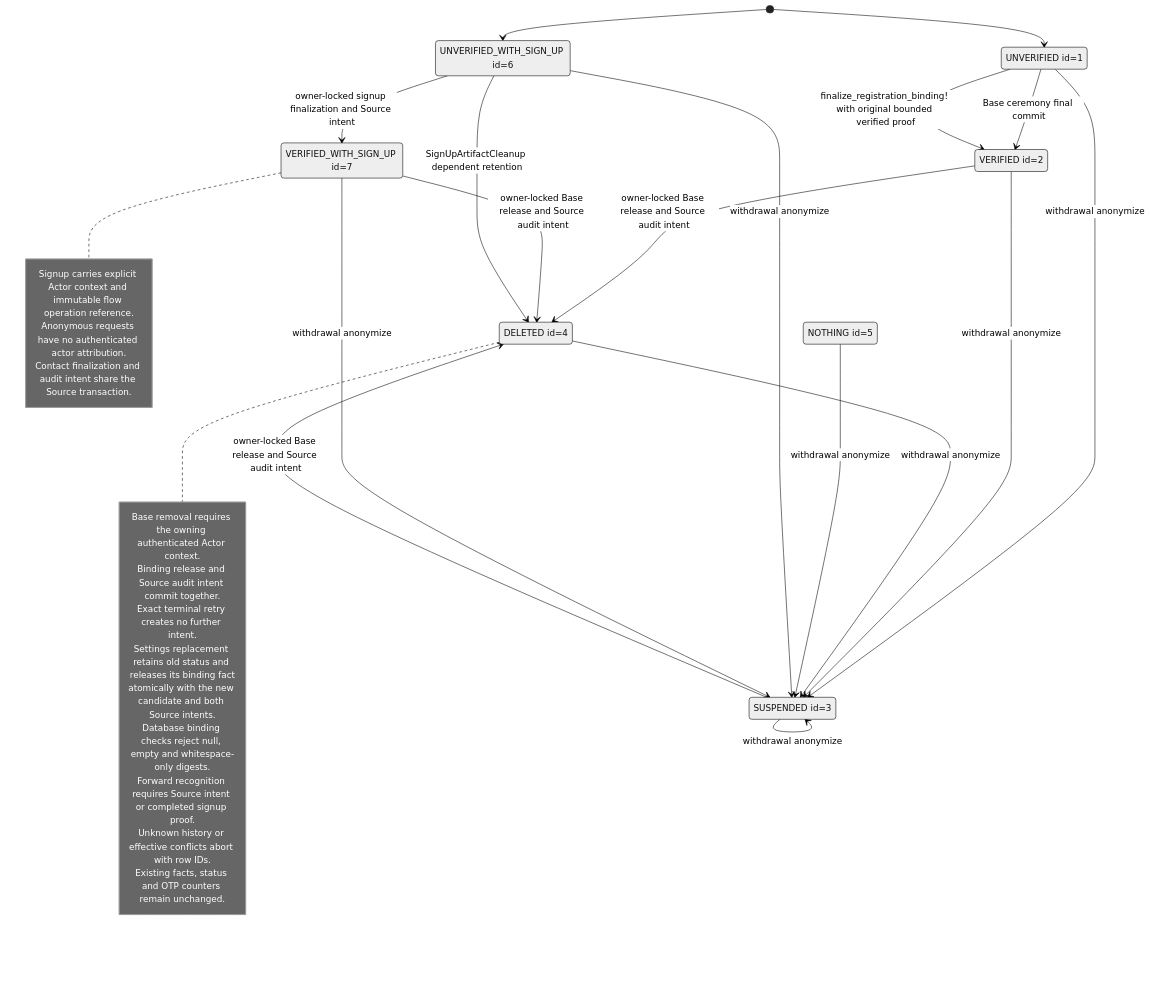
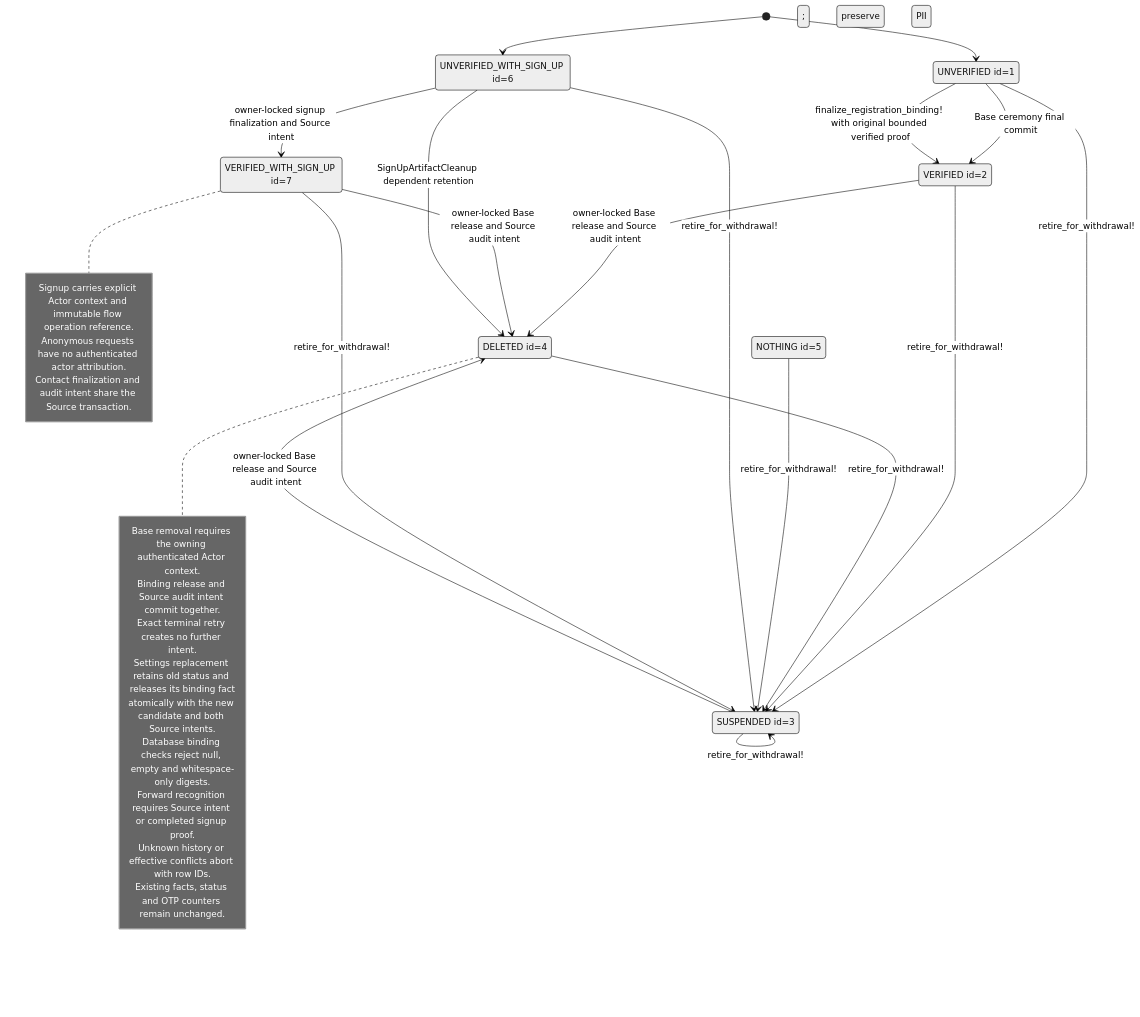
The diagram in docs/mermaid/idp-visitor-telephone-credential.mmd (seahal/umaxica-apps-jit-global), drawn with Mermaid (neutral theme) before and after one commit. The commit also changed 658 other files, not shown here.

```diff
--- a/docs/mermaid/idp-visitor-telephone-credential.mmd
+++ b/docs/mermaid/idp-visitor-telephone-credential.mmd
@@ -1,41 +1,42 @@
 stateDiagram-v2
     %% CURRENT implementation; sources and guards in transition inventory.
+    %% Binding transition policy: TelephoneContactBinding; no shared Email policy.
     state "UNVERIFIED id=1" as UNVERIFIED
     state "VERIFIED id=2" as VERIFIED
     state "SUSPENDED id=3" as SUSPENDED
     state "DELETED id=4" as DELETED
     state "NOTHING id=5" as NOTHING
     state "UNVERIFIED_WITH_SIGN_UP id=6" as UNVERIFIED_WITH_SIGN_UP
     state "VERIFIED_WITH_SIGN_UP id=7" as VERIFIED_WITH_SIGN_UP
     [*] --> UNVERIFIED
     [*] --> UNVERIFIED_WITH_SIGN_UP
     UNVERIFIED --> VERIFIED: Base ceremony final commit
     UNVERIFIED --> VERIFIED: finalize_registration_binding! with original bounded verified proof
     VERIFIED --> DELETED: owner-locked Base release and Source audit intent
     VERIFIED_WITH_SIGN_UP --> DELETED: owner-locked Base release and Source audit intent
     SUSPENDED --> DELETED: owner-locked Base release and Source audit intent
     UNVERIFIED_WITH_SIGN_UP --> VERIFIED_WITH_SIGN_UP: owner-locked signup finalization and Source intent
-    UNVERIFIED --> SUSPENDED: withdrawal anonymize
-    VERIFIED --> SUSPENDED: withdrawal anonymize
-    SUSPENDED --> SUSPENDED: withdrawal anonymize
-    DELETED --> SUSPENDED: withdrawal anonymize
-    NOTHING --> SUSPENDED: withdrawal anonymize
-    UNVERIFIED_WITH_SIGN_UP --> SUSPENDED: withdrawal anonymize
-    VERIFIED_WITH_SIGN_UP --> SUSPENDED: withdrawal anonymize
+UNVERIFIED --> SUSPENDED: retire_for_withdrawal!; preserve PII
+    VERIFIED --> SUSPENDED: retire_for_withdrawal!; preserve PII
+    SUSPENDED --> SUSPENDED: retire_for_withdrawal!; preserve PII
+    DELETED --> SUSPENDED: retire_for_withdrawal!; preserve PII
+    NOTHING --> SUSPENDED: retire_for_withdrawal!; preserve PII
+    UNVERIFIED_WITH_SIGN_UP --> SUSPENDED: retire_for_withdrawal!; preserve PII
+    VERIFIED_WITH_SIGN_UP --> SUSPENDED: retire_for_withdrawal!; preserve PII
     UNVERIFIED_WITH_SIGN_UP --> DELETED: SignUpArtifactCleanup dependent retention
     note right of DELETED
         Base removal requires the owning authenticated Actor context.
         Binding release and Source audit intent commit together.
         Exact terminal retry creates no further intent.
         Settings replacement retains old status and releases its binding fact
         atomically with the new candidate and both Source intents.
         Database binding checks reject null, empty and whitespace-only digests.
         Forward recognition requires Source intent or completed signup proof.
         Unknown history or effective conflicts abort with row IDs.
         Existing facts, status and OTP counters remain unchanged.
     end note
     note right of VERIFIED_WITH_SIGN_UP
         Signup carries explicit Actor context and immutable flow operation reference.
         Anonymous requests have no authenticated actor attribution.
         Contact finalization and audit intent share the Source transaction.
     end note
```
